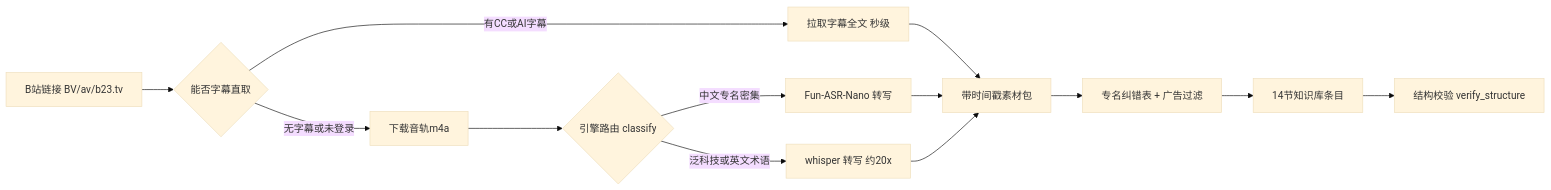
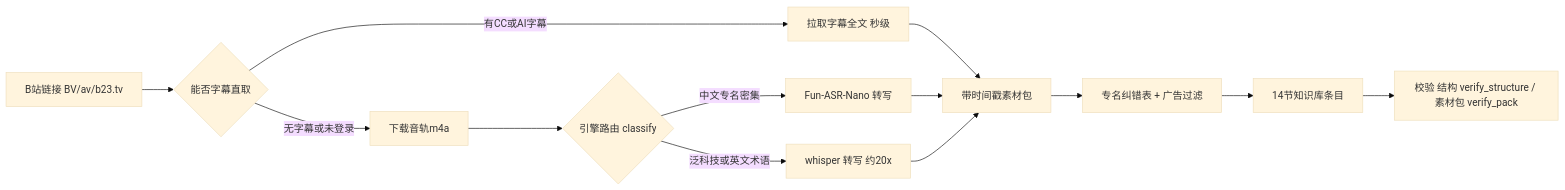
Before and after one commit to Willson-Huang/bilibili-video-summary: the diagram in README.md, drawn with Mermaid (base theme). The commit also changed other lines of this file and 1 other file, not shown here.

````diff
--- a/README.md
+++ b/README.md
@@ -142,15 +216,15 @@
 ```mermaid
 graph LR
     A["B站链接 BV/av/b23.tv"] --> B{"能否字幕直取"}
     B -->|有CC或AI字幕| C["拉取字幕全文 秒级"]
     B -->|无字幕或未登录| D["下载音轨m4a"]
     D --> E{"引擎路由 classify"}
     E -->|中文专名密集| F["Fun-ASR-Nano 转写"]
     E -->|泛科技或英文术语| G["whisper 转写 约20x"]
     C --> H["带时间戳素材包"]
     F --> H
     G --> H
     H --> I["专名纠错表 + 广告过滤"]
     I --> J["14节知识库条目"]
-    J --> K["结构校验 verify_structure"]
+    J --> K["校验 结构 verify_structure / 素材包 verify_pack"]
 ```
````
